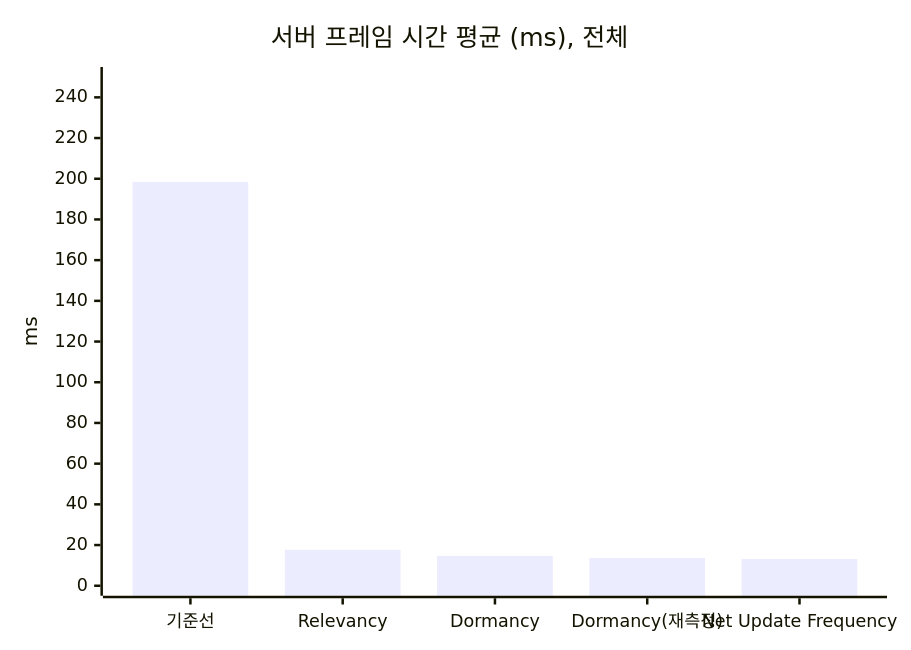
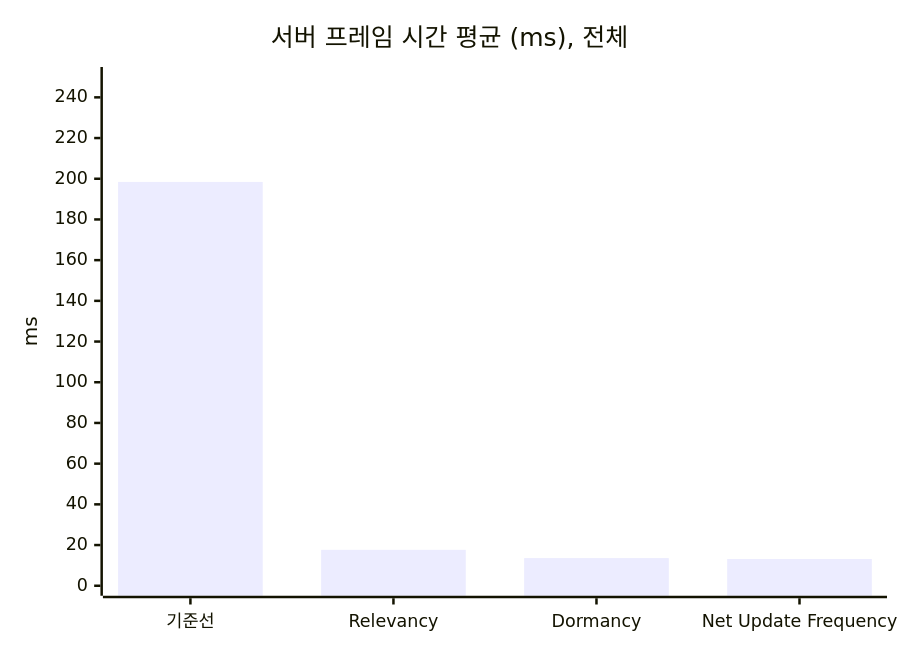
Before and after one commit to hon454/ue-dedicated-server-optimization-lab: the first of 4 diagrams in README.md, drawn with Mermaid. The commit also changed other lines of this file, not shown here.

First line of the commit message:
docs(readme): show one dormancy measurement in the cumulative results

````diff
--- a/README.md
+++ b/README.md
@@ -110,7 +110,7 @@
 ```mermaid
 xychart-beta
     title "서버 프레임 시간 평균 (ms), 전체"
-    x-axis ["기준선", "Relevancy", "Dormancy", "Dormancy(재측정)", "Net Update Frequency"]
+    x-axis ["기준선", "Relevancy", "Dormancy", "Net Update Frequency"]
     y-axis "ms" 0 --> 250
-    bar [198.43, 17.64, 14.69, 13.60, 13.16]
+    bar [198.43, 17.64, 13.60, 13.16]
 ```
````
